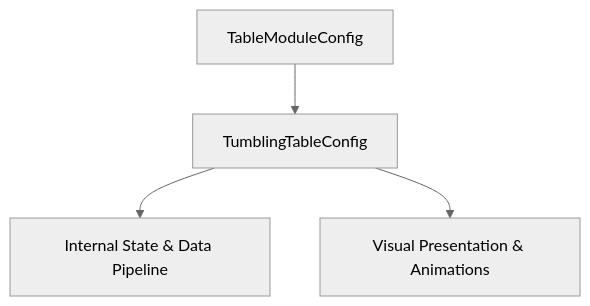
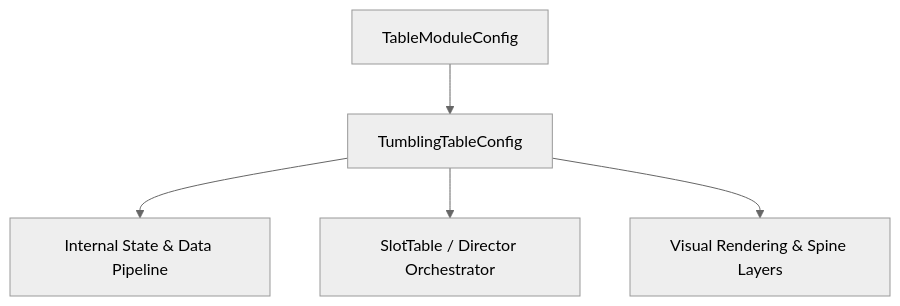
One commit to lam-ark/mcp-fwcc changed the diagram in docs/cc_slot_mechanics/modules/TumblingTableConfig/01_overview/01_architecture_and_role.md. Above: the diagram before and after it, drawn with Mermaid (neutral theme). The commit also changed other lines of this file and 2509 other files, not shown here.

````diff
--- a/docs/cc_slot_mechanics/modules/TumblingTableConfig/01_overview/01_architecture_and_role.md
+++ b/docs/cc_slot_mechanics/modules/TumblingTableConfig/01_overview/01_architecture_and_role.md
@@ -18,6 +24,7 @@
 ```mermaid
 graph TD
-    Parent[TableModuleConfig] --> Mod[TumblingTableConfig]
-    Mod --> State[Internal State & Data Pipeline]
-    Mod --> Render[Visual Presentation & Animations]
+    SuperClass[TableModuleConfig] --> TargetClass[TumblingTableConfig]
+    TargetClass --> DataPipeline[Internal State & Data Pipeline]
+    TargetClass --> Orchestrator[SlotTable / Director Orchestrator]
+    TargetClass --> ViewLayer[Visual Rendering & Spine Layers]
 ```
````
